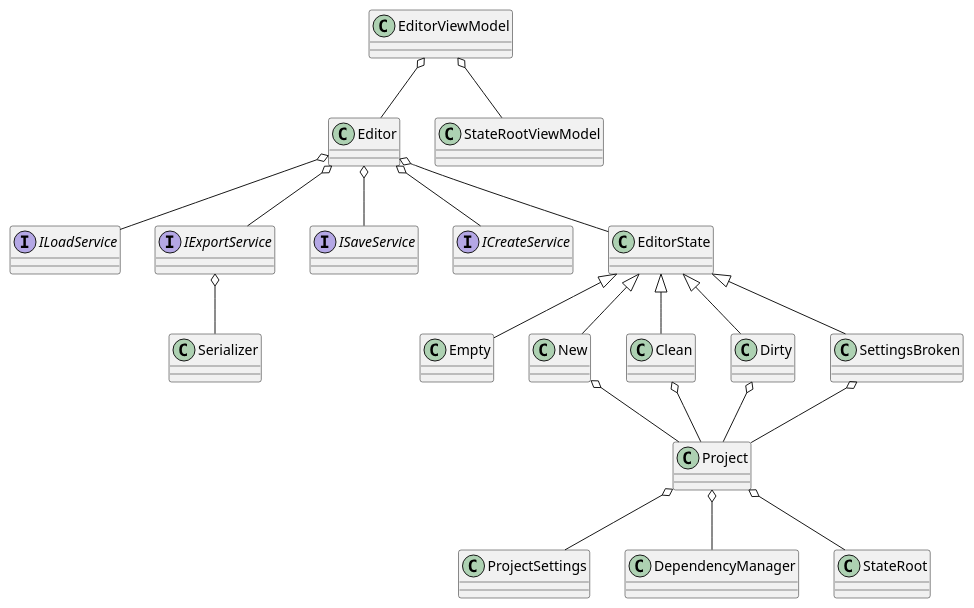
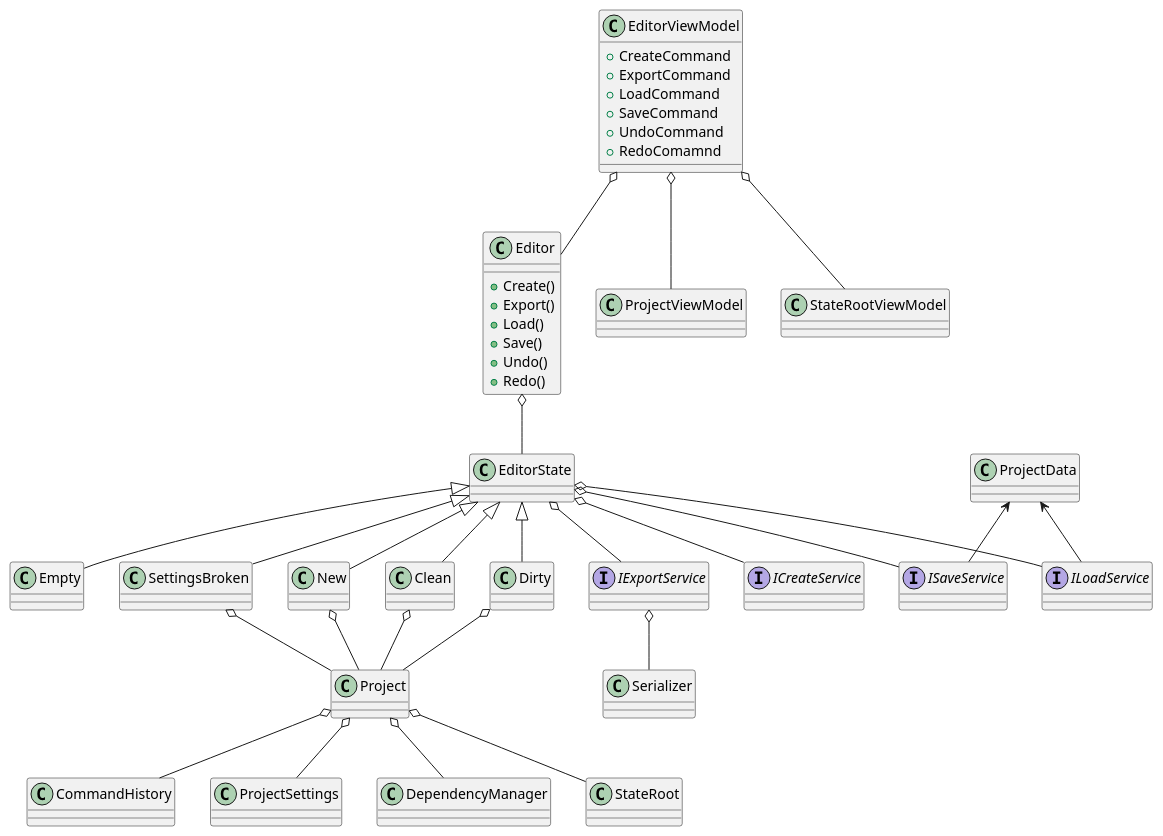
The diagram in ProjectSystem.wsd (numanicloud/Romanesco), drawn with PlantUML before and after one commit. The commit also changed 12 other files, not shown here.

```diff
--- a/ProjectSystem.wsd
+++ b/ProjectSystem.wsd
@@ -1,33 +1,59 @@
 @startuml
 
 class Project
+
+class EditorViewModel
+{
+    + CreateCommand
+    + ExportCommand
+    + LoadCommand
+    + SaveCommand
+    + UndoCommand
+    + RedoComamnd
+}
+
+class Editor
+{
+    + Create()
+    + Export()
+    + Load()
+    + Save()
+    + Undo()
+    + Redo()
+}
+
 interface ILoadService
 interface IExportService
 interface ISaveService
 interface ICreateService
 
 EditorViewModel o-- Editor
-Editor o-- ILoadService
-Editor o-- IExportService
-Editor o-- ISaveService
-Editor o-- ICreateService
+EditorViewModel o-- ProjectViewModel
+EditorState o-- ILoadService
+EditorState o-- IExportService
+EditorState o-- ISaveService
+EditorState o-- ICreateService
 IExportService o-- Serializer
+Project o-- CommandHistory
+
+ProjectData <-- ISaveService
+ProjectData <-- ILoadService
 
 Editor o-- EditorState
 EditorState <|-- Empty
 EditorState <|-- New
 EditorState <|-- Clean
 EditorState <|-- Dirty
 EditorState <|-- SettingsBroken
 New o-- Project
 Clean o-- Project
 Dirty o-- Project
 SettingsBroken o-- Project
 
 Project o-- ProjectSettings
 Project o-- DependencyManager
 Project o-- StateRoot
 
 EditorViewModel o-- StateRootViewModel
 
 @enduml
```
